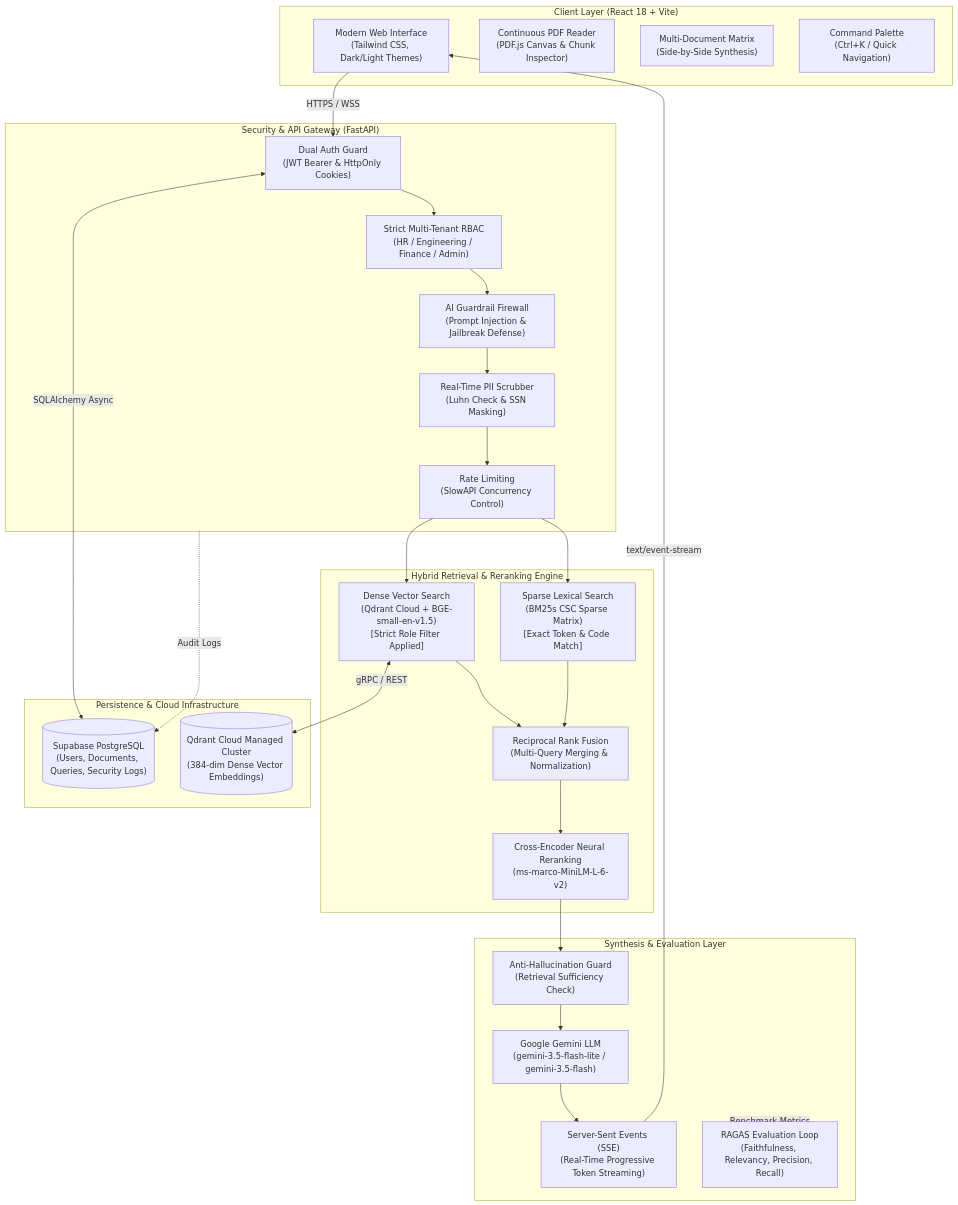
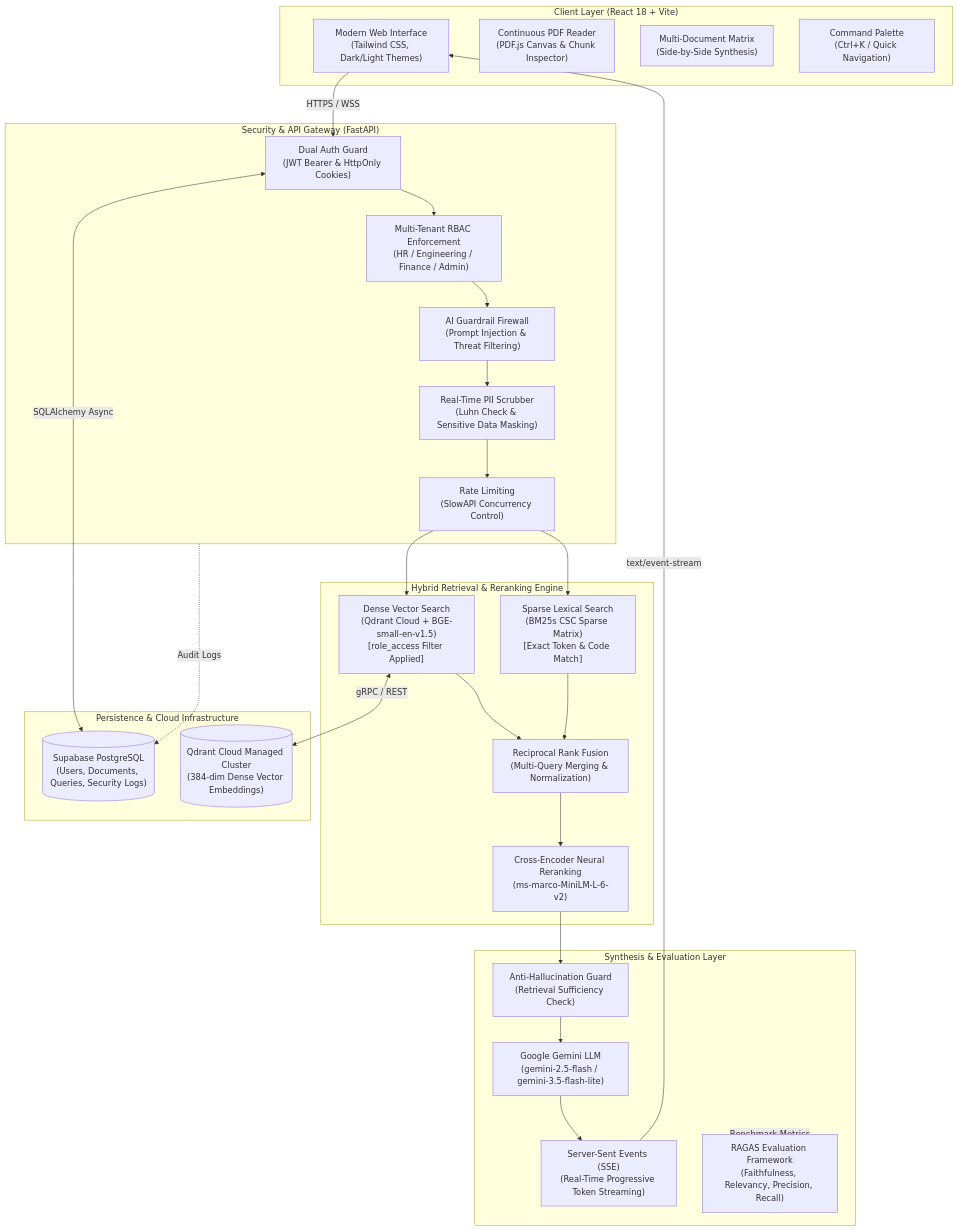
One commit to 46501/NexusRAG-Enterprise-AI-Knowledge-System- changed the diagram in README.md. Above: the diagram before and after it, drawn with Mermaid. The commit also changed other lines of this file, not shown here.

````diff
--- a/README.md
+++ b/README.md
@@ -149,62 +149,62 @@
 ```mermaid
 flowchart TD
     subgraph ClientLayer ["Client Layer (React 18 + Vite)"]
         UI["Modern Web Interface\n(Tailwind CSS, Dark/Light Themes)"]
         Reader["Continuous PDF Reader\n(PDF.js Canvas & Chunk Inspector)"]
         CompMatrix["Multi-Document Matrix\n(Side-by-Side Synthesis)"]
         CmdPal["Command Palette\n(Ctrl+K / Quick Navigation)"]
     end
 
     subgraph SecurityGateway ["Security & API Gateway (FastAPI)"]
         AuthGuard["Dual Auth Guard\n(JWT Bearer & HttpOnly Cookies)"]
-        RBAC["Strict Multi-Tenant RBAC\n(HR / Engineering / Finance / Admin)"]
-        Firewall["AI Guardrail Firewall\n(Prompt Injection & Jailbreak Defense)"]
-        PII["Real-Time PII Scrubber\n(Luhn Check & SSN Masking)"]
+        RBAC["Multi-Tenant RBAC Enforcement\n(HR / Engineering / Finance / Admin)"]
+        Firewall["AI Guardrail Firewall\n(Prompt Injection & Threat Filtering)"]
+        PII["Real-Time PII Scrubber\n(Luhn Check & Sensitive Data Masking)"]
         RateLimit["Rate Limiting\n(SlowAPI Concurrency Control)"]
     end
 
     subgraph RetrievalEngine ["Hybrid Retrieval & Reranking Engine"]
-        DenseQdrant["Dense Vector Search\n(Qdrant Cloud + BGE-small-en-v1.5)\n[Strict Role Filter Applied]"]
+        DenseQdrant["Dense Vector Search\n(Qdrant Cloud + BGE-small-en-v1.5)\n[role_access Filter Applied]"]
         SparseBM25["Sparse Lexical Search\n(BM25s CSC Sparse Matrix)\n[Exact Token & Code Match]"]
         RRF["Reciprocal Rank Fusion\n(Multi-Query Merging & Normalization)"]
         Reranker["Cross-Encoder Neural Reranking\n(ms-marco-MiniLM-L-6-v2)"]
     end
 
     subgraph GenerationLayer ["Synthesis & Evaluation Layer"]
-        Gemini["Google Gemini LLM\n(gemini-3.5-flash-lite / gemini-3.5-flash)"]
+        Gemini["Google Gemini LLM\n(gemini-2.5-flash / gemini-3.5-flash-lite)"]
         CRAG["Anti-Hallucination Guard\n(Retrieval Sufficiency Check)"]
         Streamer["Server-Sent Events (SSE)\n(Real-Time Progressive Token Streaming)"]
-        RAGAS["RAGAS Evaluation Loop\n(Faithfulness, Relevancy, Precision, Recall)"]
+        RAGAS["RAGAS Evaluation Framework\n(Faithfulness, Relevancy, Precision, Recall)"]
     end
 
     subgraph StorageLayer ["Persistence & Cloud Infrastructure"]
         Postgres[("Supabase PostgreSQL\n(Users, Documents, Queries, Security Logs)")]
         QdrantDB[("Qdrant Cloud Managed Cluster\n(384-dim Dense Vector Embeddings)")]
     end
 
     %% Client Interactions
     UI -->|HTTPS / WSS| AuthGuard
     AuthGuard --> RBAC
     RBAC --> Firewall
     Firewall --> PII
     PII --> RateLimit
 
     %% Ingestion & Retrieval Flow
     RateLimit --> DenseQdrant
     RateLimit --> SparseBM25
     DenseQdrant --> RRF
     SparseBM25 --> RRF
     RRF --> Reranker
 
     %% Generation Flow
     Reranker --> CRAG
     CRAG --> Gemini
     Gemini --> Streamer
     Streamer -->|text/event-stream| UI
 
     %% Storage Connections
     DenseQdrant <-->|gRPC / REST| QdrantDB
     AuthGuard <-->|SQLAlchemy Async| Postgres
     SecurityGateway -.->|Audit Logs| Postgres
     GenerationLayer -.->|Benchmark Metrics| RAGAS
 ```
````
